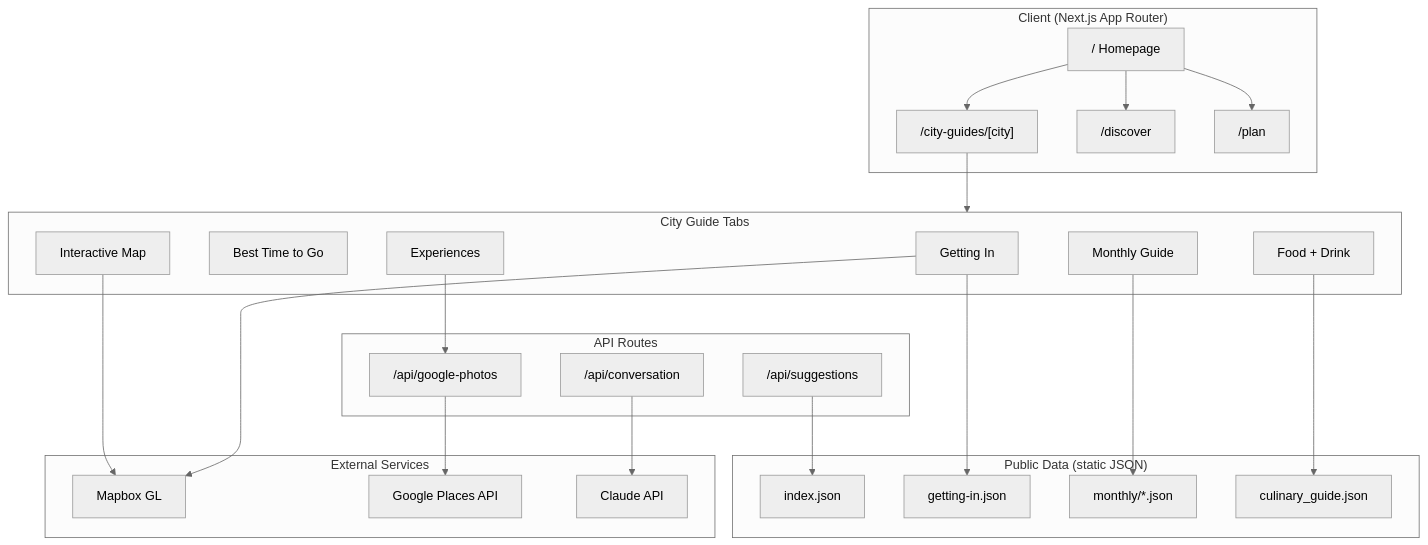
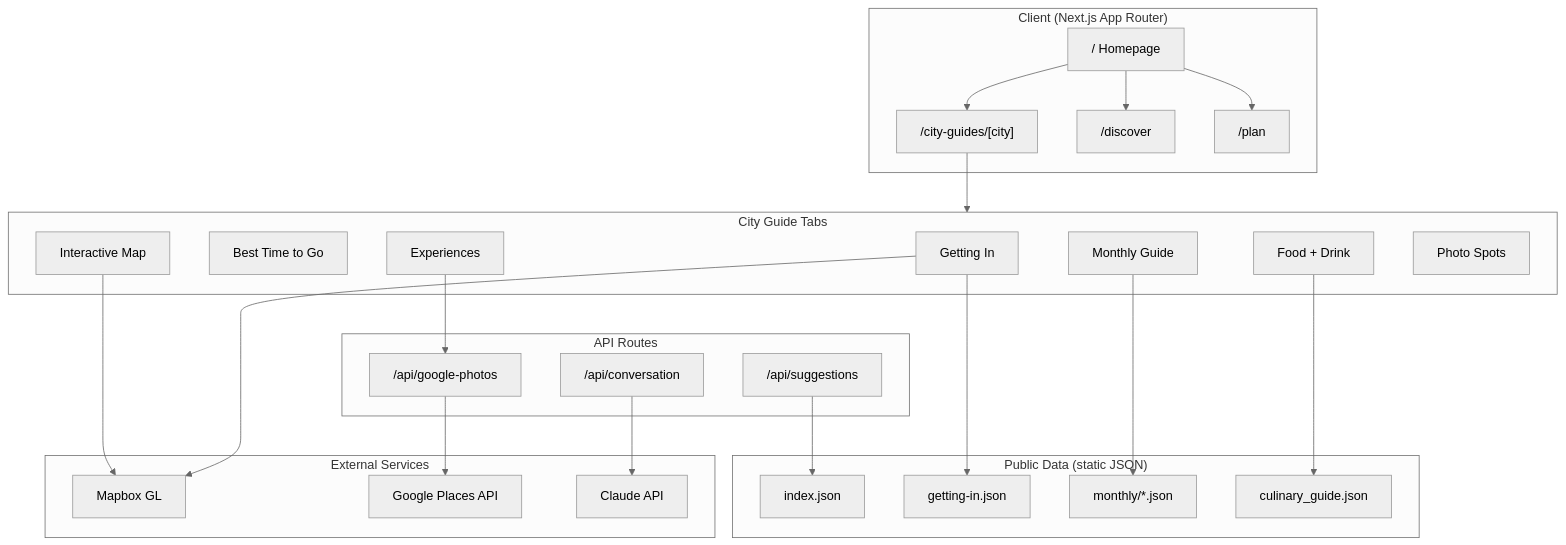
One commit to bme3412/eurotrip-planner changed the first of 2 diagrams in README.md. Above: the diagram before and after it, drawn with Mermaid (neutral theme). The commit also changed other lines of this file, not shown here.

````diff
--- a/README.md
+++ b/README.md
@@ -7,53 +7,54 @@
 ```mermaid
 flowchart TB
     subgraph Client["Client (Next.js App Router)"]
         Home["/ Homepage"]
         CityGuides["/city-guides/[city]"]
         Discover["/discover"]
         Plan["/plan"]
     end
 
     subgraph CityGuidesTabs["City Guide Tabs"]
         GettingIn["Getting In"]
         BestTime["Best Time to Go"]
         Map["Interactive Map"]
         Monthly["Monthly Guide"]
         Experiences["Experiences"]
         FoodDrink["Food + Drink"]
+        PhotoSpots["Photo Spots"]
     end
 
     subgraph Data["Public Data (static JSON)"]
         CityIndex["index.json"]
         GettingInData["getting-in.json"]
         MonthlyData["monthly/*.json"]
         Culinary["culinary_guide.json"]
     end
 
     subgraph APIs["API Routes"]
         Suggestions["/api/suggestions"]
         GooglePhotos["/api/google-photos"]
         Conversation["/api/conversation"]
     end
 
     subgraph External["External Services"]
         Mapbox["Mapbox GL"]
         GooglePlaces["Google Places API"]
         Claude["Claude API"]
     end
 
     Home --> CityGuides
     Home --> Discover
     Home --> Plan
 
     CityGuides --> CityGuidesTabs
     GettingIn --> GettingInData
     GettingIn --> Mapbox
     Monthly --> MonthlyData
     FoodDrink --> Culinary
     Experiences --> GooglePhotos
 
     GooglePhotos --> GooglePlaces
     Conversation --> Claude
     Suggestions --> CityIndex
     Map --> Mapbox
 ```
````
